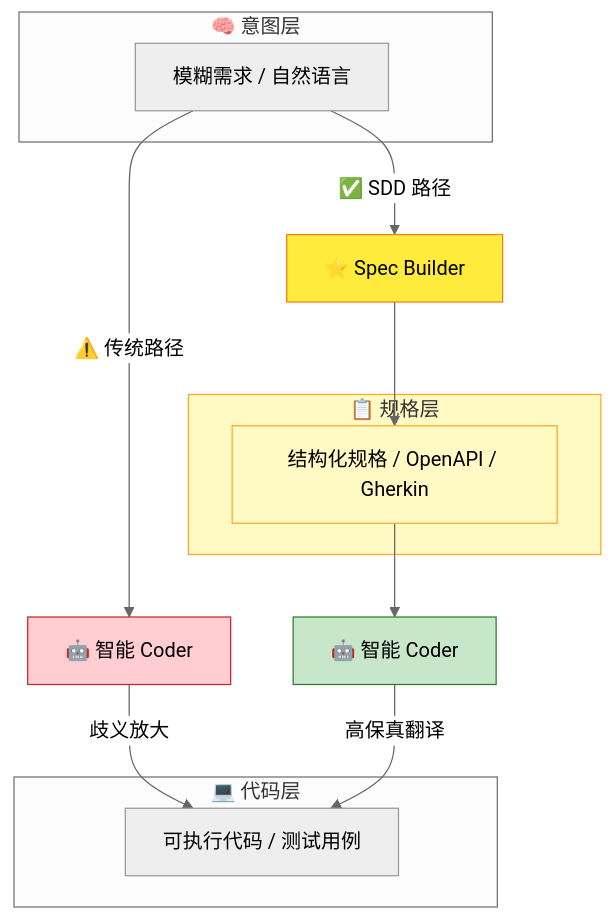
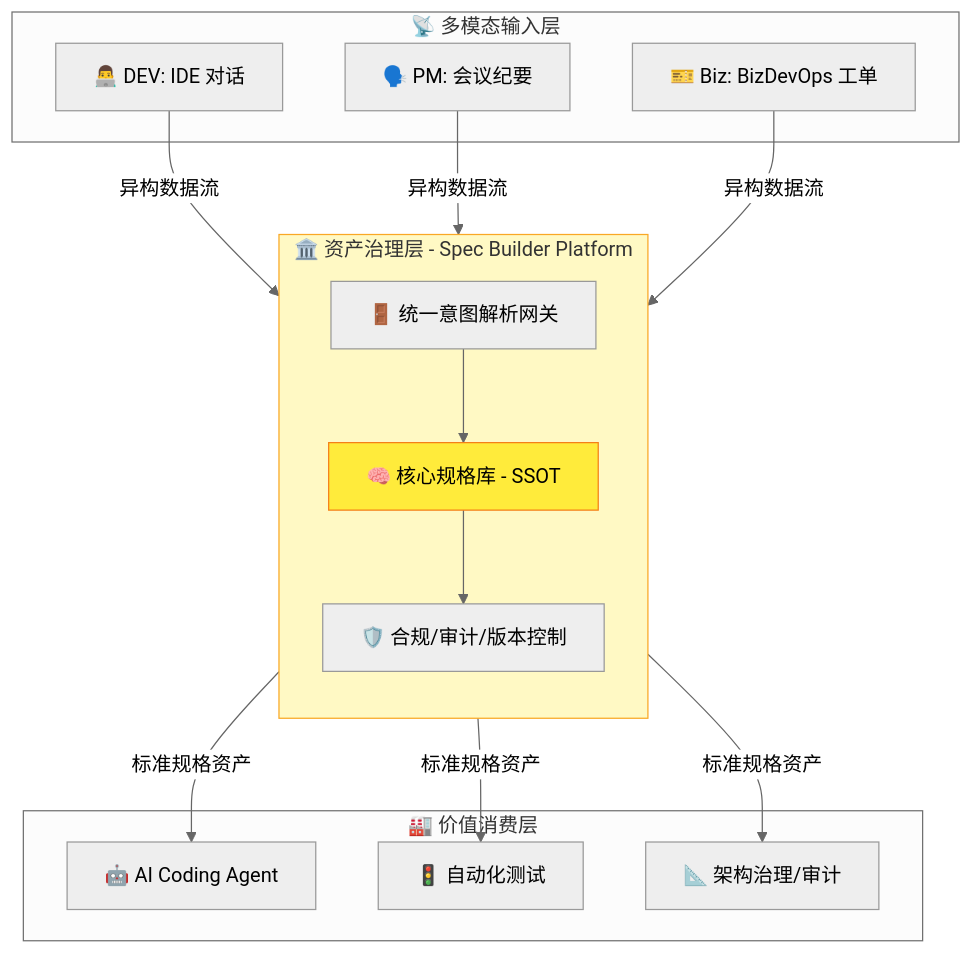
Before and after one commit to hrygo/SparkForge: the first of 4 diagrams in docs/PRD_Spec_Builder.md, drawn with Mermaid (neutral theme). The commit also changed other lines of this file and 4 other files, not shown here.

````diff
--- a/docs/PRD_Spec_Builder.md
+++ b/docs/PRD_Spec_Builder.md
@@ -26,28 +26,28 @@
 ```mermaid
 flowchart TB
-    subgraph Input["🧠 意图层"]
-        A[模糊需求 / 自然语言]
+    subgraph Sources [📡 多模态输入层]
+        A1[👨‍💻 DEV: IDE 对话]
+        A2[🗣️ PM: 会议纪要]
+        A3[🎫 Biz: BizDevOps 工单]
     end
 
-    subgraph SpecLayer["📋 规格层"]
-        B[结构化规格 / OpenAPI / Gherkin]
+    subgraph Governance [🏛️ 资产治理层 - Spec Builder Platform]
+        direction TB
+        B1[🚪 统一意图解析网关]
+        B2[🧠 核心规格库 - SSOT]
+        B3[🛡️ 合规/审计/版本控制]
+        B1 --> B2 --> B3
     end
 
-    subgraph Output["💻 代码层"]
-        C[可执行代码 / 测试用例]
+    subgraph Consumers [🏭 价值消费层]
+        C1[🤖 AI Coding Agent]
+        C2[🚦 自动化测试]
+        C3[📐 架构治理/审计]
     end
 
-    A -->|"⚠️ 传统路径"| CODER1[🤖 智能 Coder]
-    CODER1 -->|"歧义放大"| C
+    A1 & A2 & A3 -->|异构数据流| B1
+    B3 -->|标准规格资产| C1 & C2 & C3
 
-    A -->|"✅ SDD 路径"| SPEC[⭐ Spec Builder]
-    SPEC --> B
-    B --> CODER2[🤖 智能 Coder]
-    CODER2 -->|"高保真翻译"| C
-
-    style SpecLayer fill:#FFF9C4,stroke:#F9A825
-    style B fill:#FFF9C4,stroke:#F9A825
-    style SPEC fill:#FFEB3B,stroke:#F57F17,color:#000
-    style CODER1 fill:#FFCDD2,stroke:#C62828
-    style CODER2 fill:#C8E6C9,stroke:#2E7D32
+    style Governance fill:#FFF9C4,stroke:#F9A825
+    style B2 fill:#FFEB3B,stroke:#F57F17,color:#000
 ```
````
